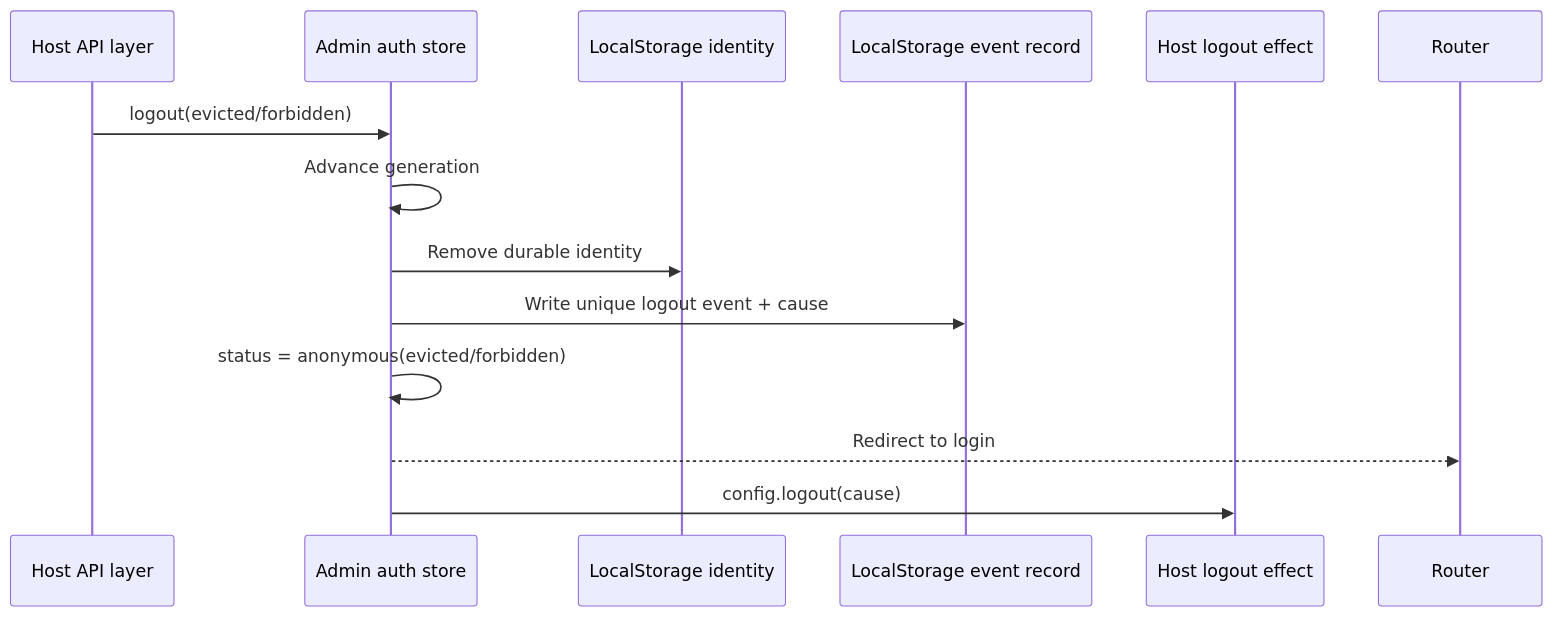
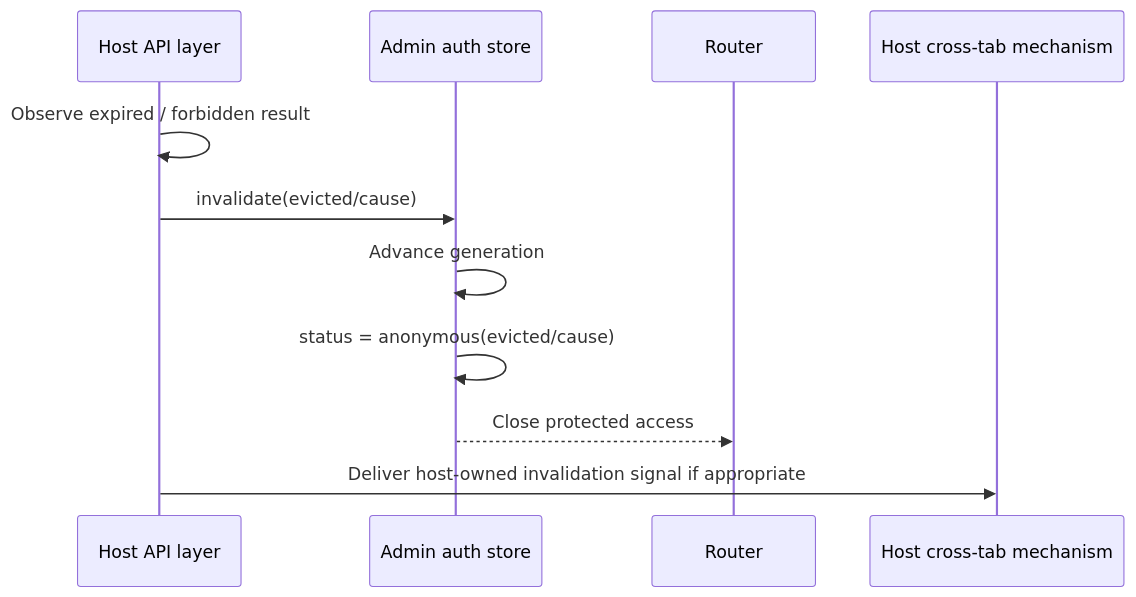
One commit to hechang27-sprt/noob-components-v2 changed diagram 12 of 19 in docs/admin-auth-restoration-data-flows.md. Above: the diagram before and after it, drawn with Mermaid. The commit also changed other lines of this file and 15 other files, not shown here.

````diff
--- a/docs/admin-auth-restoration-data-flows.md
+++ b/docs/admin-auth-restoration-data-flows.md
@@ -278,17 +322,14 @@
 ```mermaid
 sequenceDiagram
     participant API as Host API layer
     participant Auth as Admin auth store
-    participant LS as LocalStorage identity
-    participant Event as LocalStorage event record
-    participant Host as Host logout effect
     participant Router
+    participant Tabs as Host cross-tab mechanism
 
-    API->>Auth: logout(evicted/forbidden)
+    API->>API: Observe expired / forbidden result
+    API->>Auth: invalidate(evicted/cause)
     Auth->>Auth: Advance generation
-    Auth->>LS: Remove durable identity
-    Auth->>Event: Write unique logout event + cause
-    Auth->>Auth: status = anonymous(evicted/forbidden)
-    Auth-->>Router: Redirect to login
-    Auth->>Host: config.logout(cause)
+    Auth->>Auth: status = anonymous(evicted/cause)
+    Auth-->>Router: Close protected access
+    API->>Tabs: Deliver host-owned invalidation signal if appropriate
 ```
````
